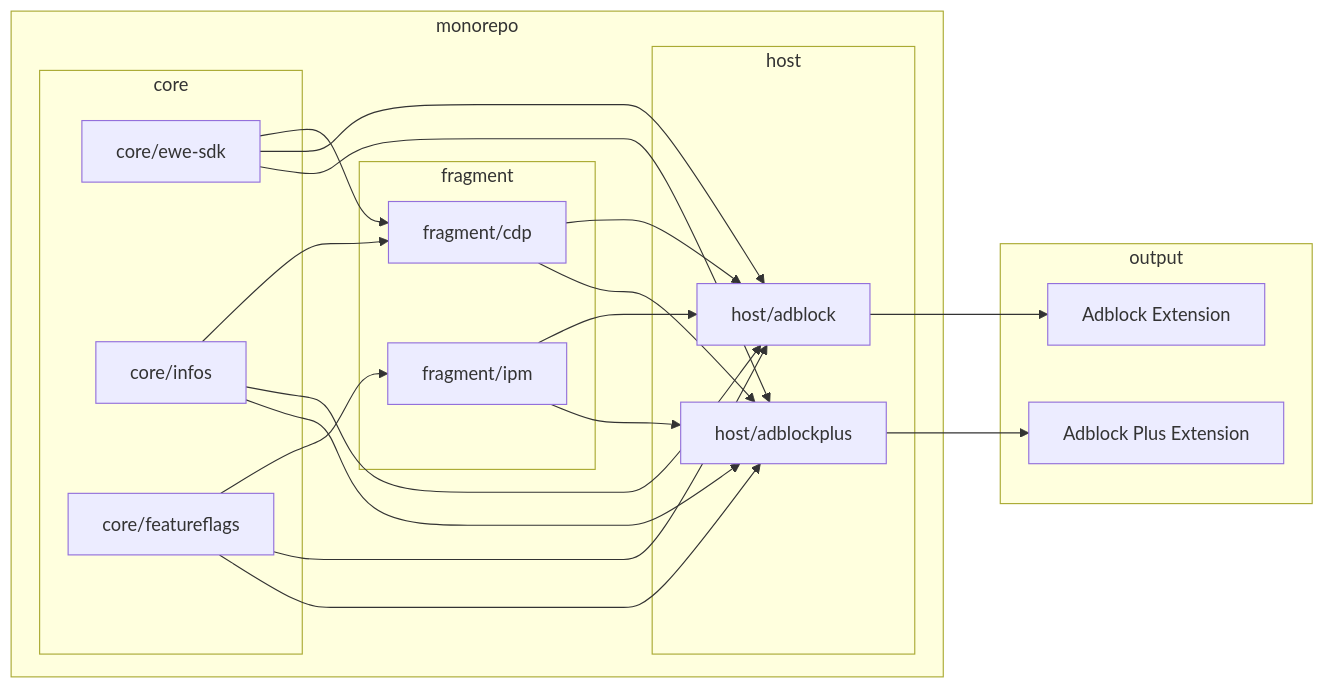
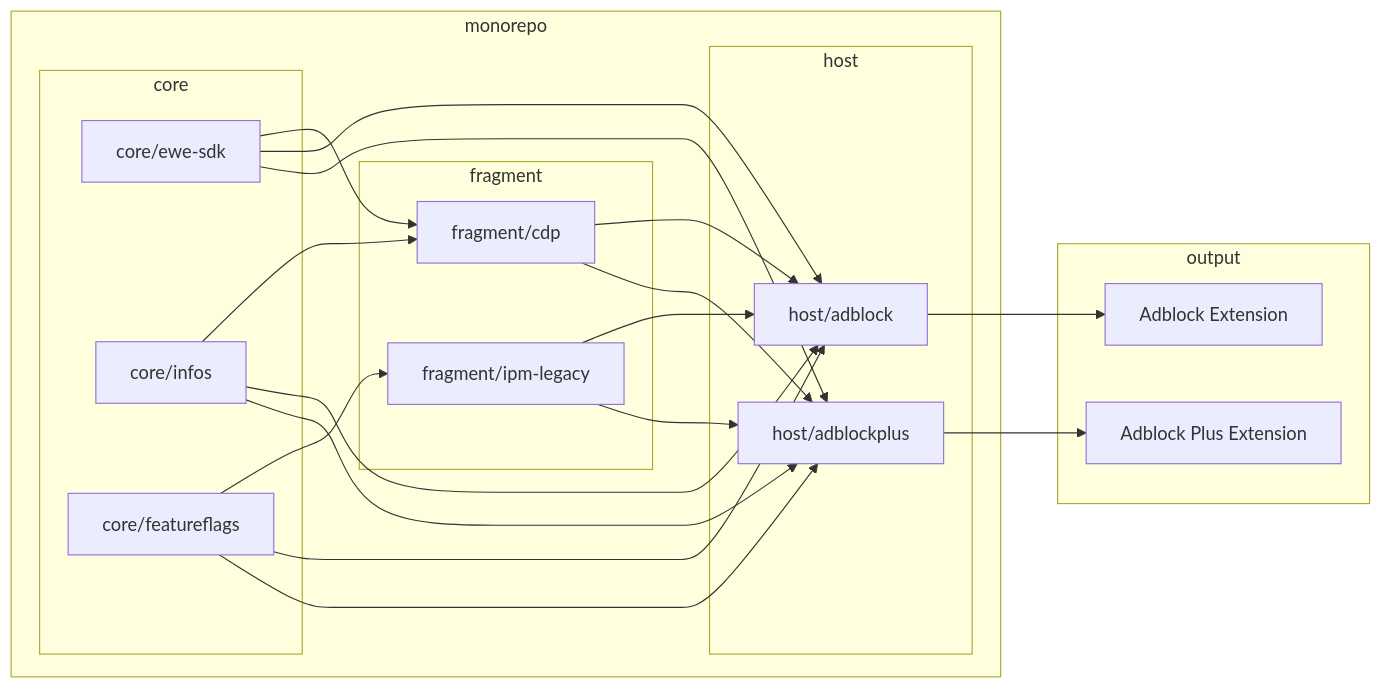
Before and after one commit to stylist111/bloky: the diagram in docs/ARCHITECTURE.md, drawn with Mermaid. The commit also changed 46 other files, not shown here.

First line of the commit message:
refactor: Rename legacy IPM fragment [EXT-977]

````diff
--- a/docs/ARCHITECTURE.md
+++ b/docs/ARCHITECTURE.md
@@ -54,40 +54,40 @@
 ```mermaid
 graph LR;
   subgraph monorepo
   subgraph core
   core/ewe-sdk
   core/infos
   core/featureflags
   end
   subgraph fragment
-  fragment/ipm
+  fragment/ipm-legacy
   fragment/cdp
   end
   subgraph host
   host/adblock
   host/adblockplus
   end
   end
   subgraph output
   Adblock[Adblock Extension]
   AdblockPlus[Adblock Plus Extension]
   end
 
   core/ewe-sdk-->fragment/cdp
   core/infos-->fragment/cdp;
-  core/featureflags-->fragment/ipm;
+  core/featureflags-->fragment/ipm-legacy;
 
   core/ewe-sdk-->host/adblock;
   core/infos-->host/adblock;
   core/featureflags-->host/adblock;
-  fragment/ipm-->host/adblock;
+  fragment/ipm-legacy-->host/adblock;
   fragment/cdp-->host/adblock;
   host/adblock-->Adblock
 
   core/ewe-sdk-->host/adblockplus;
   core/infos-->host/adblockplus;
   core/featureflags-->host/adblockplus;
-  fragment/ipm-->host/adblockplus;
+  fragment/ipm-legacy-->host/adblockplus;
   fragment/cdp-->host/adblockplus;
   host/adblockplus-->AdblockPlus
 ```
````
